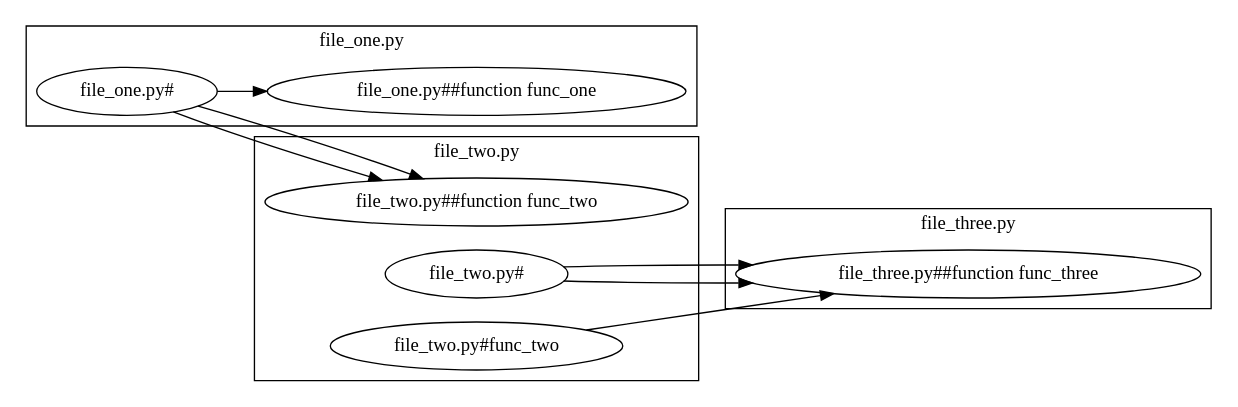
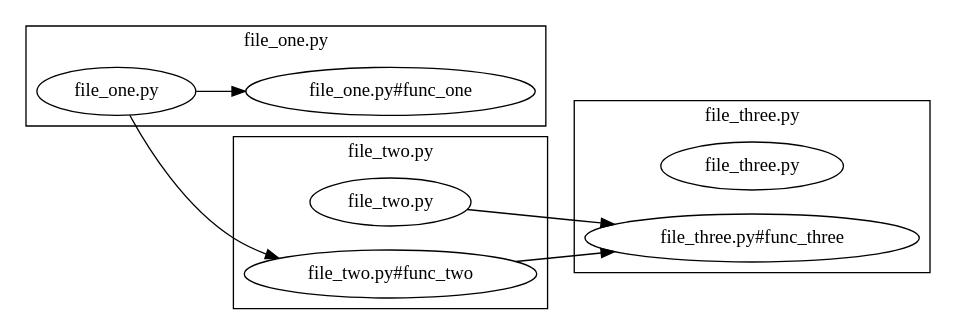
The diagram in examples/three_files/code_blocks.gv (selfint/CodeBlocks), drawn with Graphviz before and after one commit. The commit also changed 7 other files, not shown here.

```diff
--- a/examples/three_files/code_blocks.gv
+++ b/examples/three_files/code_blocks.gv
@@ -1,30 +1,25 @@
 digraph G {
 	graph [rankdir=LR]
-	subgraph "cluster_file_one.py" {
-		graph [rankdir=LR]
-		graph [label="file_one.py"]
-		"file_one.py##func_one" [label="file_one.py##function func_one"]
-		"file_one.py#" [label="file_one.py#"]
-		"file_one.py#" [label="file_one.py#"]
-		"file_one.py#" [label="file_one.py#"]
+	{
+		graph [label="" rankdir=LR]
+		subgraph "cluster_file_two.py" {
+			graph [label="file_two.py" rankdir=LR]
+			"file_two.py" [label="file_two.py"]
+			"file_two.py#func_two" [label="file_two.py#func_two"]
+		}
+		subgraph "cluster_file_one.py" {
+			graph [label="file_one.py" rankdir=LR]
+			"file_one.py" [label="file_one.py"]
+			"file_one.py#func_one" [label="file_one.py#func_one"]
+		}
+		subgraph "cluster_file_three.py" {
+			graph [label="file_three.py" rankdir=LR]
+			"file_three.py" [label="file_three.py"]
+			"file_three.py#func_three" [label="file_three.py#func_three"]
+		}
 	}
-	subgraph "cluster_file_three.py" {
-		graph [rankdir=LR]
-		graph [label="file_three.py"]
-		"file_three.py##func_three" [label="file_three.py##function func_three"]
-	}
-	subgraph "cluster_file_two.py" {
-		graph [rankdir=LR]
-		graph [label="file_two.py"]
-		"file_two.py##func_two" [label="file_two.py##function func_two"]
-		"file_two.py#" [label="file_two.py#"]
-		"file_two.py#func_two" [label="file_two.py#func_two"]
-		"file_two.py#" [label="file_two.py#"]
-	}
-	"file_one.py#" -> "file_two.py##func_two"
-	"file_one.py#" -> "file_one.py##func_one"
-	"file_one.py#" -> "file_two.py##func_two"
-	"file_two.py#" -> "file_three.py##func_three"
-	"file_two.py#" -> "file_three.py##func_three"
-	"file_two.py#func_two" -> "file_three.py##func_three"
+	"file_two.py#func_two" -> "file_three.py#func_three"
+	"file_one.py" -> "file_two.py#func_two"
+	"file_one.py" -> "file_one.py#func_one"
+	"file_two.py" -> "file_three.py#func_three"
 }
```
